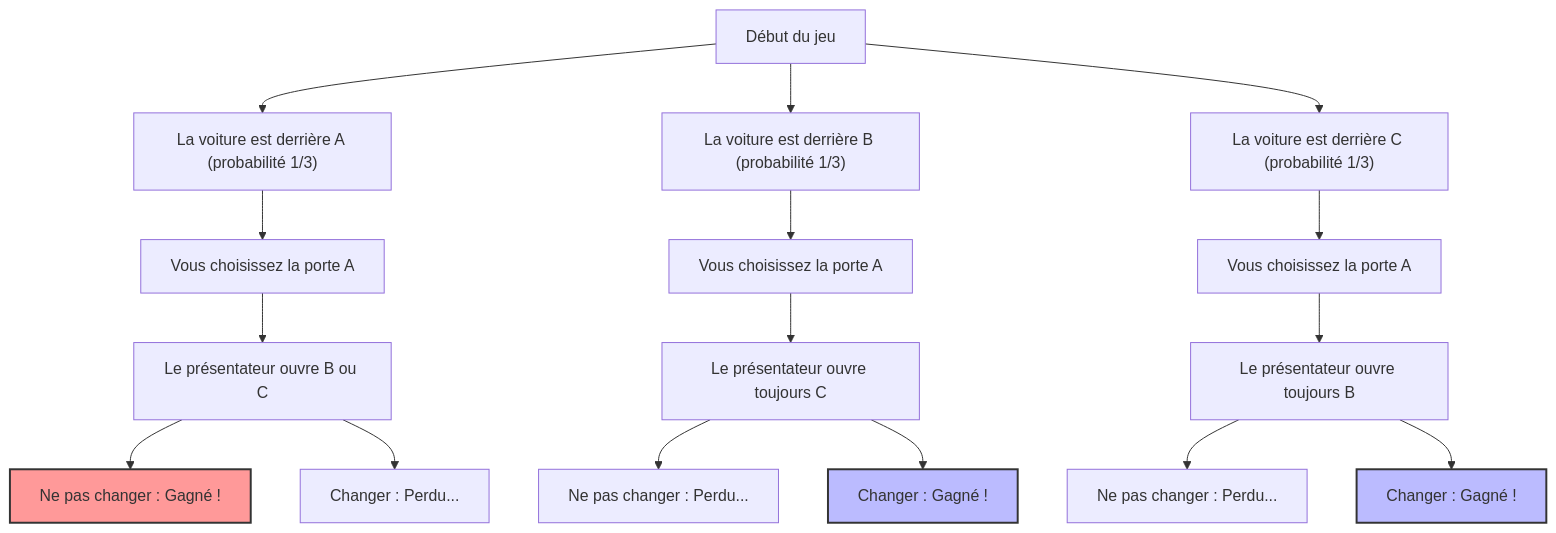
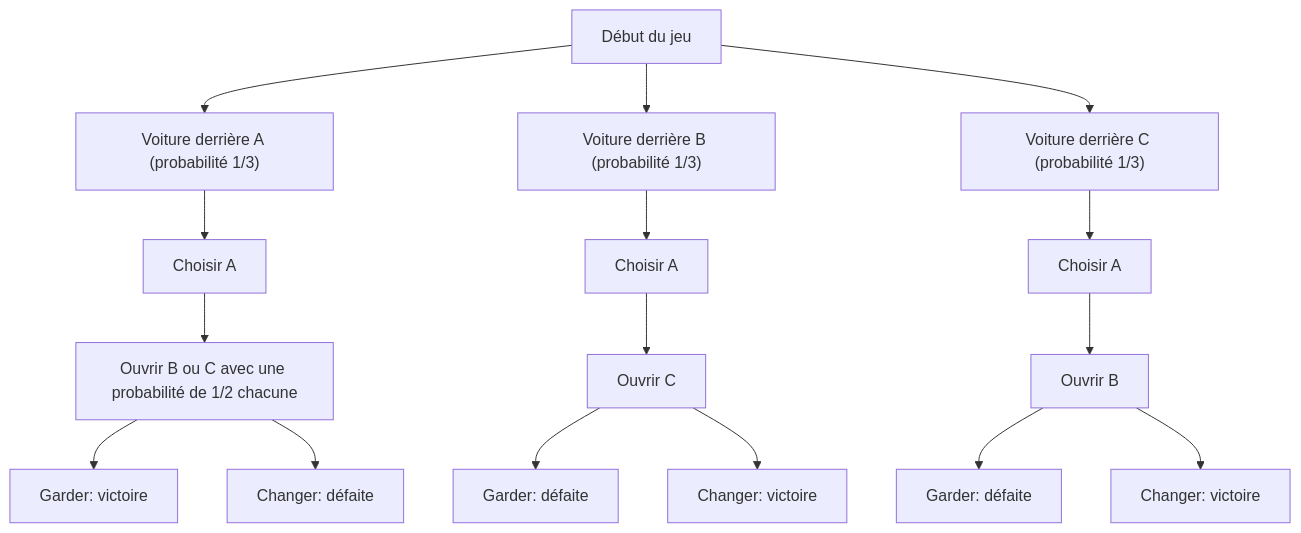
One commit to kenjinote/blog changed the first of 2 diagrams in content/post/モンティ・ホール問題/index.fr.md. Above: the diagram before and after it, drawn with Mermaid. The commit also changed other lines of this file and 8 other files, not shown here.

````diff
--- a/content/post/モンティ・ホール問題/index.fr.md
+++ b/content/post/モンティ・ホール問題/index.fr.md
@@ -45,27 +52,18 @@
 ```mermaid
 graph TD
-    Start["Début du jeu"] --> CarA["La voiture est derrière A (probabilité 1/3)"]
-    Start --> CarB["La voiture est derrière B (probabilité 1/3)"]
-    Start --> CarC["La voiture est derrière C (probabilité 1/3)"]
-
-    CarA --> PickA1["Vous choisissez la porte A"]
-    CarB --> PickA2["Vous choisissez la porte A"]
-    CarC --> PickA3["Vous choisissez la porte A"]
-
-    PickA1 --> HostB_or_C["Le présentateur ouvre B ou C"]
-    PickA2 --> HostC["Le présentateur ouvre toujours C"]
-    PickA3 --> HostB["Le présentateur ouvre toujours B"]
-
-    HostB_or_C --> Stay1["Ne pas changer : Gagné !"]
-    HostB_or_C --> Switch1["Changer : Perdu..."]
-
-    HostC --> Stay2["Ne pas changer : Perdu..."]
-    HostC --> Switch2["Changer : Gagné !"]
-
-    HostB --> Stay3["Ne pas changer : Perdu..."]
-    HostB --> Switch3["Changer : Gagné !"]
-
-    style Switch2 fill:#bbf,stroke:#333,stroke-width:2px
-    style Switch3 fill:#bbf,stroke:#333,stroke-width:2px
-    style Stay1 fill:#f99,stroke:#333,stroke-width:2px
+    Start["Début du jeu"] --> CarA["Voiture derrière A (probabilité 1/3)"]
+    Start --> CarB["Voiture derrière B (probabilité 1/3)"]
+    Start --> CarC["Voiture derrière C (probabilité 1/3)"]
+    CarA --> PickA1["Choisir A"]
+    CarB --> PickA2["Choisir A"]
+    CarC --> PickA3["Choisir A"]
+    PickA1 --> HostB_or_C["Ouvrir B ou C avec une probabilité de 1/2 chacune"]
+    PickA2 --> HostC["Ouvrir C"]
+    PickA3 --> HostB["Ouvrir B"]
+    HostB_or_C --> Stay1["Garder: victoire"]
+    HostB_or_C --> Switch1["Changer: défaite"]
+    HostC --> Stay2["Garder: défaite"]
+    HostC --> Switch2["Changer: victoire"]
+    HostB --> Stay3["Garder: défaite"]
+    HostB --> Switch3["Changer: victoire"]
 ```
````
